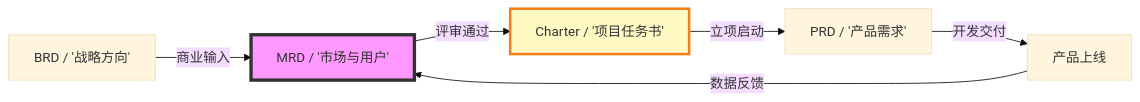
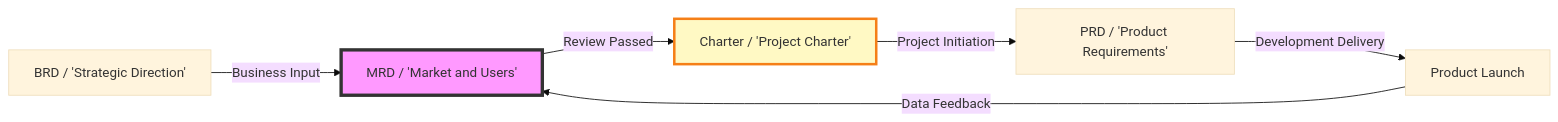
The first of 17 diagrams in templates/产品/战略层/【模板】市场需求文档.md (Kirky-X/cangjie), drawn with Mermaid (base theme) before and after one commit. The commit also changed other lines of this file and 60 other files, not shown here.

````diff
--- a/templates/产品/战略层/【模板】市场需求文档.md
+++ b/templates/产品/战略层/【模板】市场需求文档.md
@@ -25,11 +25,11 @@
 ```mermaid
 graph LR
-    A[BRD / '战略方向'] -->|商业输入| B[MRD / '市场与用户']
-    B -->|评审通过| C[Charter / '项目任务书']
-    C -->|立项启动| D[PRD / '产品需求']
-    D -->|开发交付| E[产品上线]
-    E -->|数据反馈| B
+    A[BRD / 'Strategic Direction'] -->|Business Input| B[MRD / 'Market and Users']
+    B -->|Review Passed| C[Charter / 'Project Charter']
+    C -->|Project Initiation| D[PRD / 'Product Requirements']
+    D -->|Development Delivery| E[Product Launch]
+    E -->|Data Feedback| B
 
     style B fill:#f9f,stroke:#333,stroke-width:4px
     style C fill:#fff9c4,stroke:#f57f17,stroke-width:3px
 ```
````
